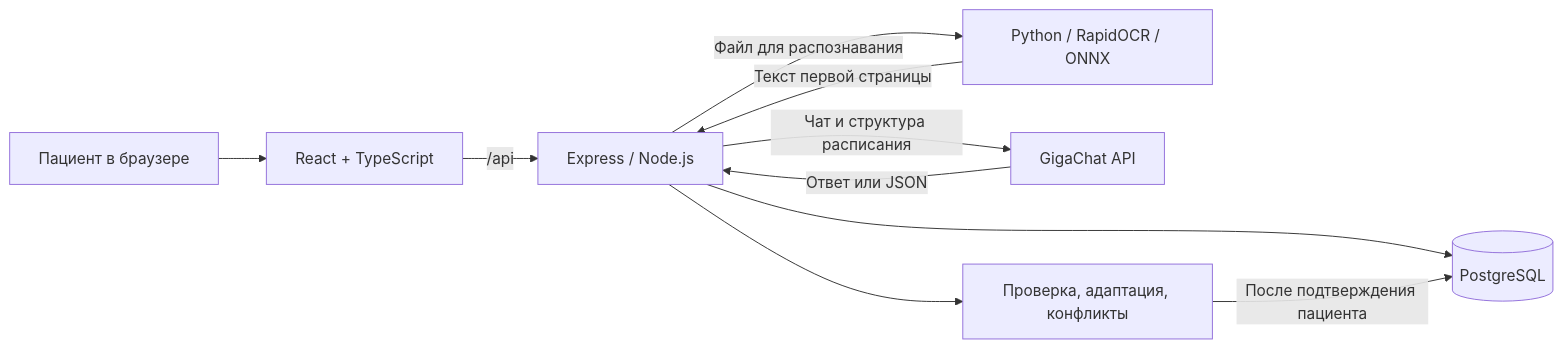
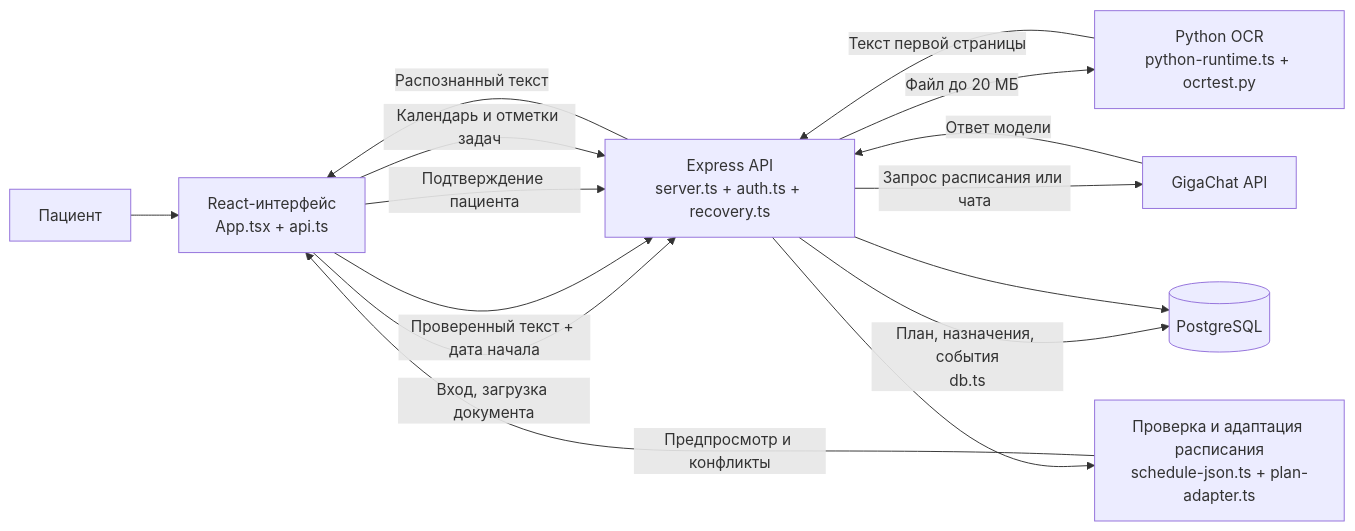
The diagram in README.md (MasterBludo/KolobokMedGroup), drawn with Mermaid before and after one commit. The commit also changed other lines of this file, not shown here.

````diff
--- a/README.md
+++ b/README.md
@@ -148,12 +25,17 @@
 ```mermaid
 flowchart LR
-    P[Пациент в браузере] --> UI[React + TypeScript]
-    UI -->|/api| API[Express / Node.js]
-    API --> DB[(PostgreSQL)]
-    API -->|Файл для распознавания| OCR[Python / RapidOCR / ONNX]
+    P[Пациент] --> UI[React-интерфейс<br/>App.tsx + api.ts]
+    UI -->|Вход, загрузка документа| API[Express API<br/>server.ts + auth.ts + recovery.ts]
+    API -->|Файл до 20 МБ| OCR[Python OCR<br/>python-runtime.ts + ocrtest.py]
     OCR -->|Текст первой страницы| API
-    API -->|Чат и структура расписания| AI[GigaChat API]
-    AI -->|Ответ или JSON| API
-    API --> V[Проверка, адаптация, конфликты]
-    V -->|После подтверждения пациента| DB
+    API -->|Распознанный текст| UI
+    UI -->|Проверенный текст + дата начала| API
+    API -->|Запрос расписания или чата| AI[GigaChat API]
+    AI -->|Ответ модели| API
+    API --> CHECK[Проверка и адаптация расписания<br/>schedule-json.ts + plan-adapter.ts]
+    CHECK -->|Предпросмотр и конфликты| UI
+    UI -->|Подтверждение пациента| API
+    API -->|План, назначения, события<br/>db.ts| DB[(PostgreSQL)]
+    UI -->|Календарь и отметки задач| API
+    API --> DB
 ```
````
